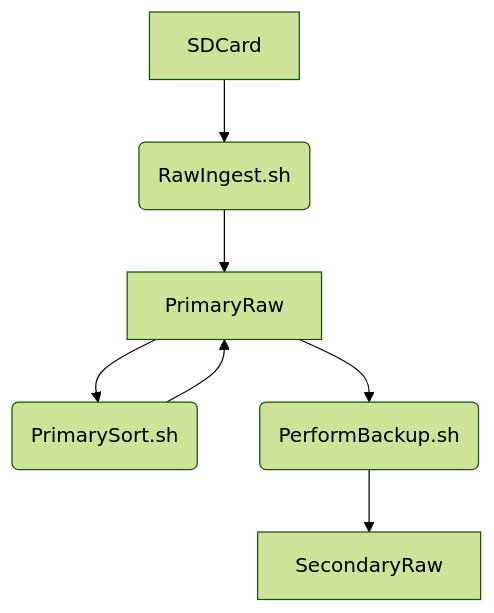
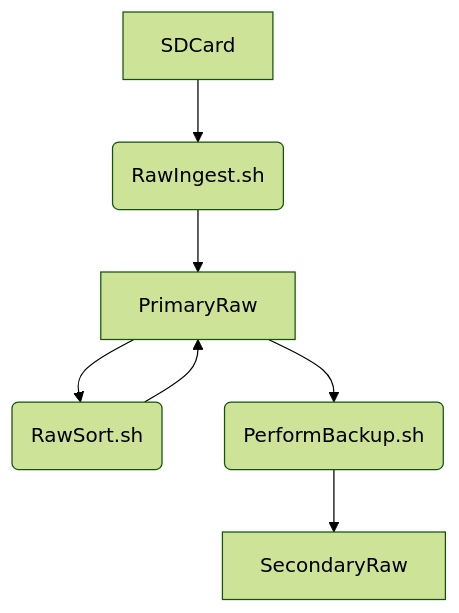
Before and after one commit to barry4356/dione: the first of 2 diagrams in README.md, drawn with Mermaid (forest theme).

````diff
--- a/README.md
+++ b/README.md
@@ -19,9 +19,9 @@
 ``` mermaid
 graph TD;
     SDCard --> RI(RawIngest.sh);
     RI(RawIngest.sh) --> PrimaryRaw;
-    PrimaryRaw --> RS(PrimarySort.sh);
-    RS(PrimarySort.sh) --> PrimaryRaw;
+    PrimaryRaw --> RS(RawSort.sh);
+    RS(RawSort.sh) --> PrimaryRaw;
     PrimaryRaw --> PB(PerformBackup.sh);
     PB(PerformBackup.sh) --> SecondaryRaw;
 ```
````
